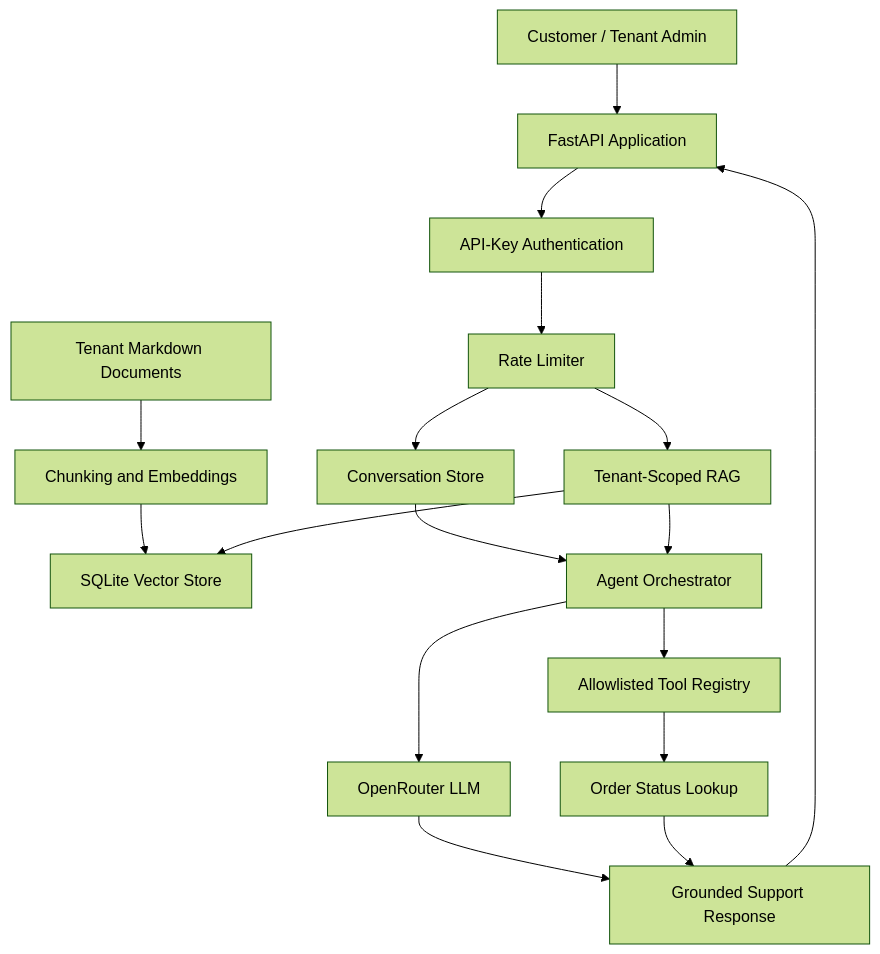
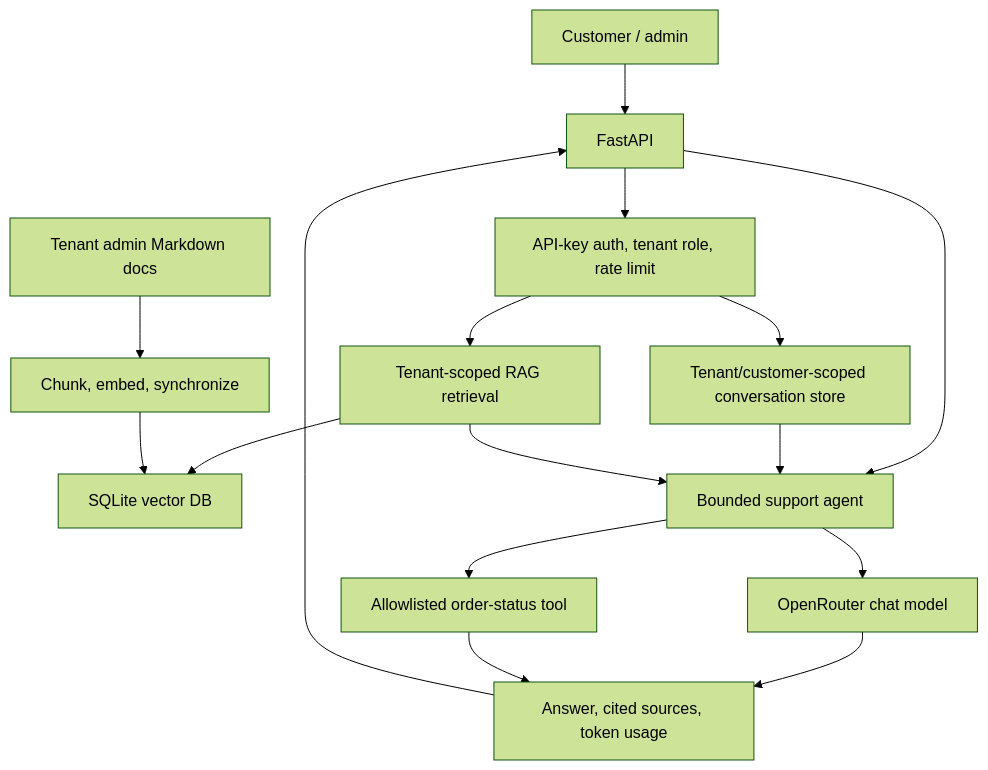
One commit to ali3dev/agentic-customer-support changed the diagram in README.md. Above: the diagram before and after it, drawn with Mermaid (forest theme). The commit also changed other lines of this file, not shown here.

````diff
--- a/README.md
+++ b/README.md
@@ -28,26 +22,18 @@
 ```mermaid
 flowchart TD
-    USER["Customer / Tenant Admin"] --> API["FastAPI Application"]
-
-    API --> AUTH["API-Key Authentication"]
-    AUTH --> RATE["Rate Limiter"]
-
-    RATE --> CONV["Conversation Store"]
-    RATE --> RAG["Tenant-Scoped RAG"]
-
-    KB["Tenant Markdown Documents"] --> INGEST["Chunking and Embeddings"]
-    INGEST --> VDB["SQLite Vector Store"]
-    RAG --> VDB
-
-    CONV --> AGENT["Agent Orchestrator"]
-    RAG --> AGENT
-
-    AGENT --> LLM["OpenRouter LLM"]
-    AGENT --> TOOLS["Allowlisted Tool Registry"]
-
-    TOOLS --> ORDER["Order Status Lookup"]
-    LLM --> RESPONSE["Grounded Support Response"]
-    ORDER --> RESPONSE
-
-    RESPONSE --> API
+    U["Customer / admin"] --> API["FastAPI"]
+    API --> AUTH["API-key auth, tenant role, rate limit"]
+    AUTH --> CONV["Tenant/customer-scoped conversation store"]
+    AUTH --> RET["Tenant-scoped RAG retrieval"]
+    RET --> VDB["SQLite vector DB"]
+    KB["Tenant admin Markdown docs"] --> ING["Chunk, embed, synchronize"]
+    ING --> VDB
+    API --> AGENT["Bounded support agent"]
+    CONV --> AGENT
+    RET --> AGENT
+    AGENT --> LLM["OpenRouter chat model"]
+    AGENT --> TOOL["Allowlisted order-status tool"]
+    LLM --> OUT["Answer, cited sources, token usage"]
+    TOOL --> OUT
+    OUT --> API
 ```
````
